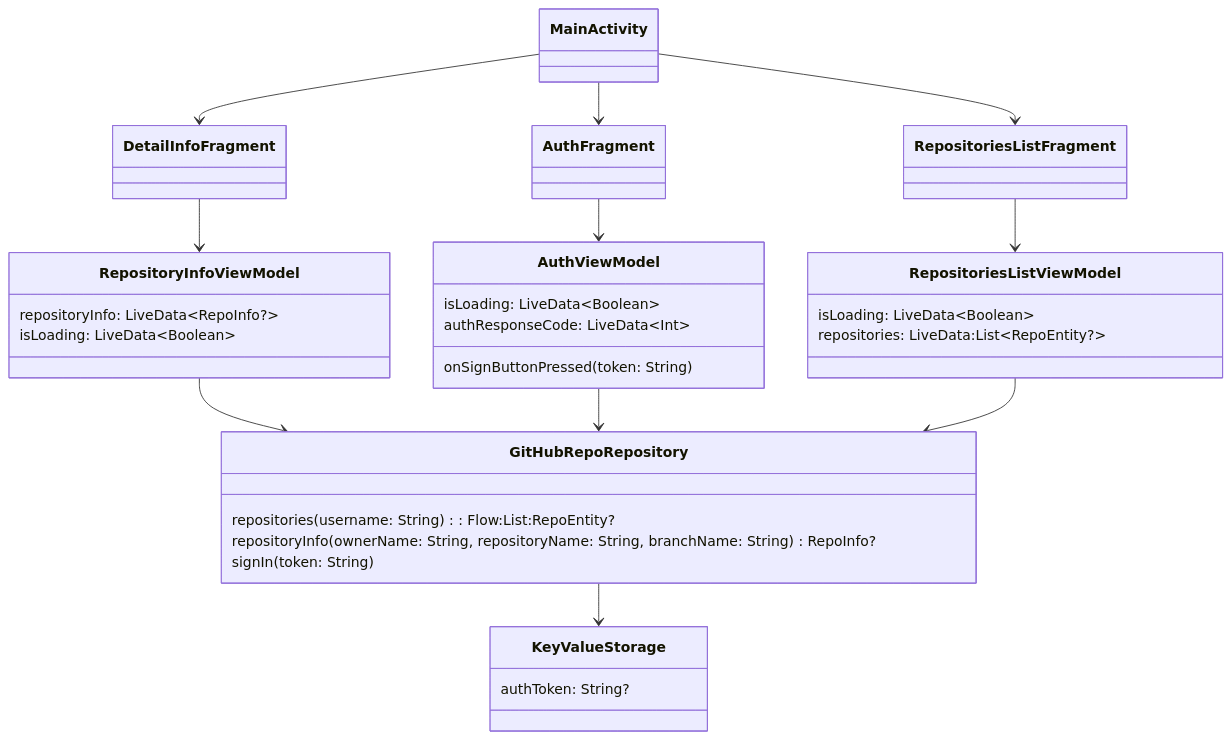
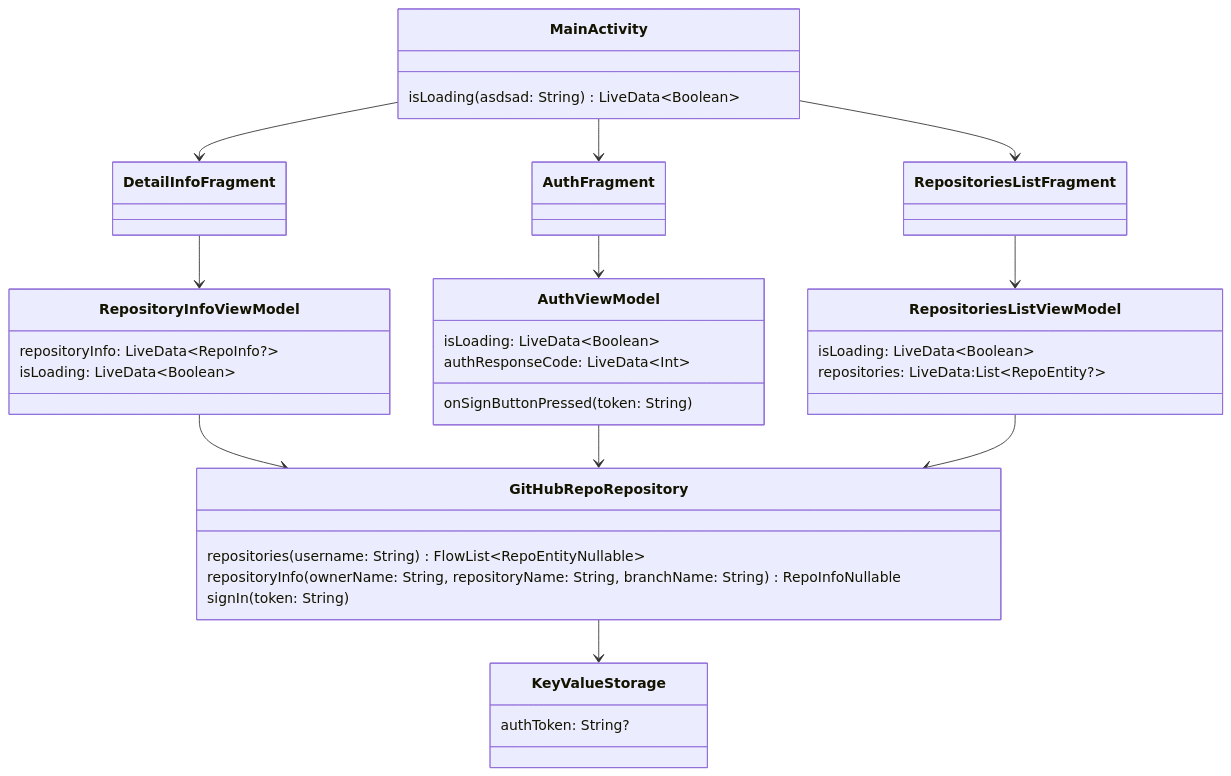
Before and after one commit to icerockdev/kmm.icerock.dev: the diagram in university/1-android-basics/practice.md, drawn with Mermaid. The commit also changed 2 other files, not shown here.

````diff
--- a/university/1-android-basics/practice.md
+++ b/university/1-android-basics/practice.md
@@ -42,48 +42,50 @@
 ```mermaid
    classDiagram
 
-   class MainActivity:::android
+class MainActivity:::android{
+     isLoading(asdsad: String) LiveData~Boolean~ 
+     }
    class AuthFragment:::android
    class RepositoriesListFragment:::android
    class DetailInfoFragment:::android
 
    class AuthViewModel:::android{
      isLoading: LiveData~Boolean~
      authResponseCode: LiveData~Int~
      onSignButtonPressed(token: String)
    }
    
    class RepositoryInfoViewModel:::android{
      repositoryInfo: LiveData~RepoInfo?~
      isLoading: LiveData~Boolean~
    }
    
    class RepositoriesListViewModel:::android{
      isLoading: LiveData~Boolean~
      repositories: LiveData:List~RepoEntity?~
    }
    
    class GitHubRepoRepository:::android{
-     repositories(username: String): Flow:List:RepoEntity?
-     repositoryInfo(ownerName: String, repositoryName: String, branchName: String) RepoInfo?
+     repositories(username: String) FlowList~RepoEntityNullable~
+     repositoryInfo(ownerName: String, repositoryName: String, branchName: String) RepoInfoNullable
      signIn(token: String)
    }
    
    class KeyValueStorage:::android{
      authToken: String?
    }
 
    MainActivity --> AuthFragment
    MainActivity --> RepositoriesListFragment
    MainActivity --> DetailInfoFragment
    
    AuthFragment --> AuthViewModel
    RepositoriesListFragment --> RepositoriesListViewModel
    DetailInfoFragment --> RepositoryInfoViewModel
    
    RepositoryInfoViewModel --> GitHubRepoRepository
    AuthViewModel --> GitHubRepoRepository
    RepositoriesListViewModel --> GitHubRepoRepository
 
    GitHubRepoRepository --> KeyValueStorage
 ```
````
